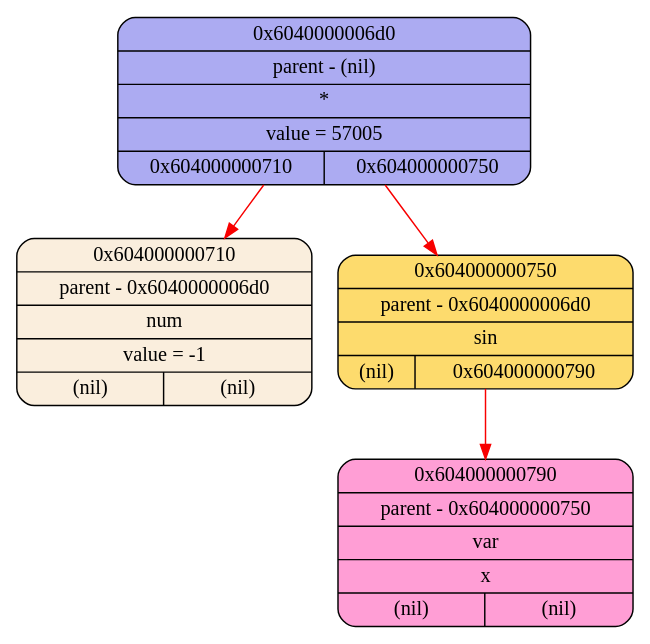
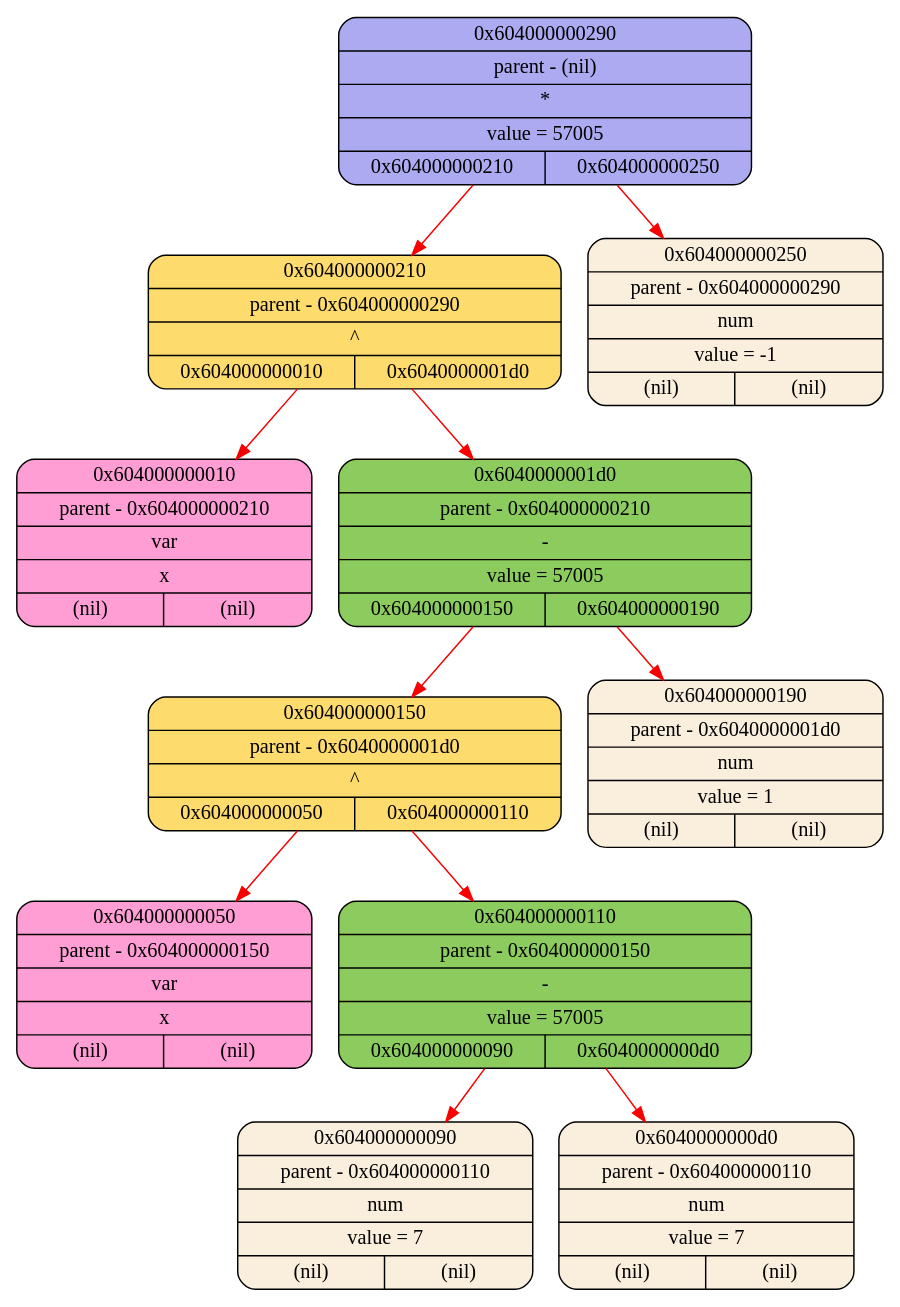
One commit to 2APetrin/differentiator changed the diagram in logs/log_graphviz.dot. Above: the diagram before and after it, drawn with Graphviz. The commit also changed 32 other files, not shown here.

```diff
--- a/logs/log_graphviz.dot
+++ b/logs/log_graphviz.dot
@@ -1,10 +1,24 @@
 digraph
 {
-    node_0x604000000710[shape = Mrecord, label = "{{0x604000000710} | {parent - 0x6040000006d0} | {num} | {value = -1} | {(nil)|(nil)}}", style = "filled", fillcolor = "#FAEEDD"];
-    node_0x604000000790[shape = Mrecord, label = "{{0x604000000790} | {parent - 0x604000000750} | {var} | {x} | {(nil)|(nil)}}", style = "filled", fillcolor = "#FF9ED5"];
-    node_0x604000000750[shape = Mrecord, label = "{{0x604000000750} | {parent - 0x6040000006d0} | {sin} | {(nil)|0x604000000790}}", style = "filled", fillcolor = "#FDDB6D"];
-    node_0x6040000006d0[shape = Mrecord, label = "{{0x6040000006d0} | {parent - (nil)} | {*} | {value = 57005} | {0x604000000710|0x604000000750}}", style = "filled", fillcolor = "#ACABF2"];
-    node_0x6040000006d0->node_0x604000000710 [color = "#F80000"];
-    node_0x6040000006d0->node_0x604000000750 [color = "#F80000"];
-    node_0x604000000750->node_0x604000000790 [color = "#F80000"];
+    node_0x604000000010[shape = Mrecord, label = "{{0x604000000010} | {parent - 0x604000000210} | {var} | {x} | {(nil)|(nil)}}", style = "filled", fillcolor = "#FF9ED5"];
+    node_0x604000000050[shape = Mrecord, label = "{{0x604000000050} | {parent - 0x604000000150} | {var} | {x} | {(nil)|(nil)}}", style = "filled", fillcolor = "#FF9ED5"];
+    node_0x604000000090[shape = Mrecord, label = "{{0x604000000090} | {parent - 0x604000000110} | {num} | {value = 7} | {(nil)|(nil)}}", style = "filled", fillcolor = "#FAEEDD"];
+    node_0x6040000000d0[shape = Mrecord, label = "{{0x6040000000d0} | {parent - 0x604000000110} | {num} | {value = 7} | {(nil)|(nil)}}", style = "filled", fillcolor = "#FAEEDD"];
+    node_0x604000000110[shape = Mrecord, label = "{{0x604000000110} | {parent - 0x604000000150} | {-} | {value = 57005} | {0x604000000090|0x6040000000d0}}", style = "filled", fillcolor = "#8CCB5E"];
+    node_0x604000000150[shape = Mrecord, label = "{{0x604000000150} | {parent - 0x6040000001d0} | {^} | {0x604000000050|0x604000000110}}", style = "filled", fillcolor = "#FDDB6D"];
+    node_0x604000000190[shape = Mrecord, label = "{{0x604000000190} | {parent - 0x6040000001d0} | {num} | {value = 1} | {(nil)|(nil)}}", style = "filled", fillcolor = "#FAEEDD"];
+    node_0x6040000001d0[shape = Mrecord, label = "{{0x6040000001d0} | {parent - 0x604000000210} | {-} | {value = 57005} | {0x604000000150|0x604000000190}}", style = "filled", fillcolor = "#8CCB5E"];
+    node_0x604000000210[shape = Mrecord, label = "{{0x604000000210} | {parent - 0x604000000290} | {^} | {0x604000000010|0x6040000001d0}}", style = "filled", fillcolor = "#FDDB6D"];
+    node_0x604000000250[shape = Mrecord, label = "{{0x604000000250} | {parent - 0x604000000290} | {num} | {value = -1} | {(nil)|(nil)}}", style = "filled", fillcolor = "#FAEEDD"];
+    node_0x604000000290[shape = Mrecord, label = "{{0x604000000290} | {parent - (nil)} | {*} | {value = 57005} | {0x604000000210|0x604000000250}}", style = "filled", fillcolor = "#ACABF2"];
+    node_0x604000000290->node_0x604000000210 [color = "#F80000"];
+    node_0x604000000210->node_0x604000000010 [color = "#F80000"];
+    node_0x604000000210->node_0x6040000001d0 [color = "#F80000"];
+    node_0x6040000001d0->node_0x604000000150 [color = "#F80000"];
+    node_0x604000000150->node_0x604000000050 [color = "#F80000"];
+    node_0x604000000150->node_0x604000000110 [color = "#F80000"];
+    node_0x604000000110->node_0x604000000090 [color = "#F80000"];
+    node_0x604000000110->node_0x6040000000d0 [color = "#F80000"];
+    node_0x6040000001d0->node_0x604000000190 [color = "#F80000"];
+    node_0x604000000290->node_0x604000000250 [color = "#F80000"];
 }
```
